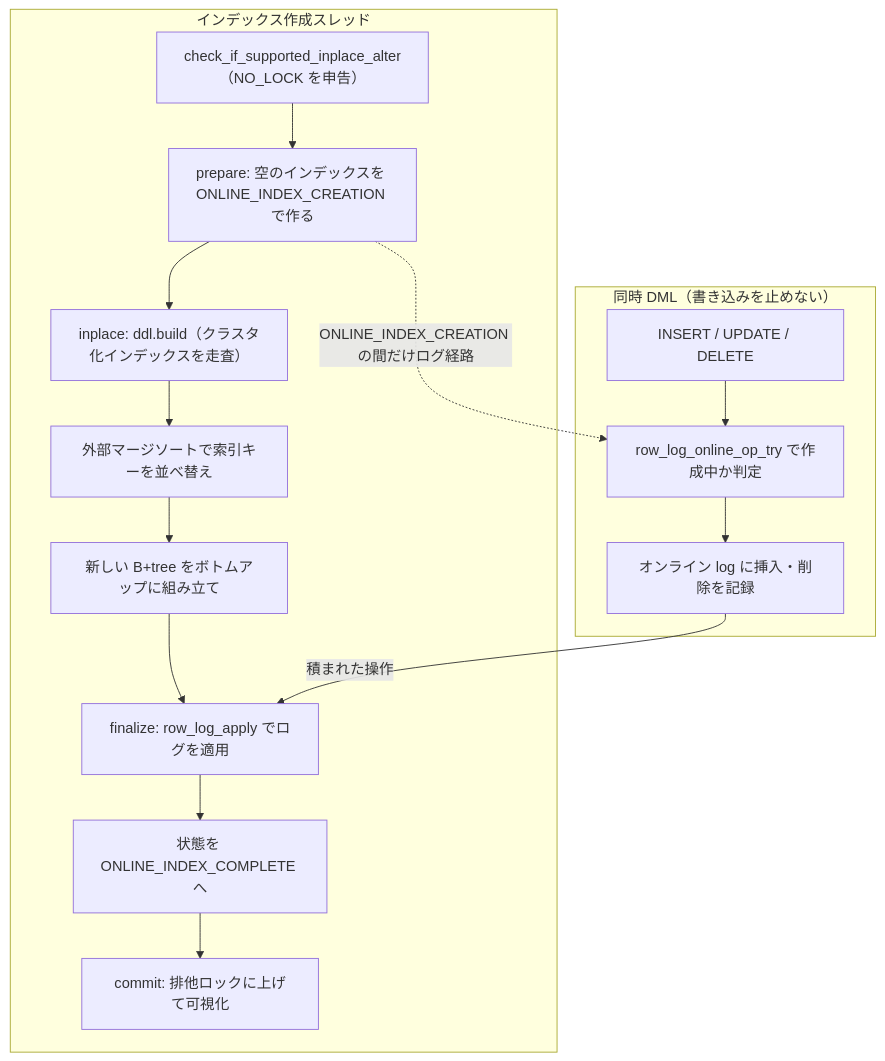
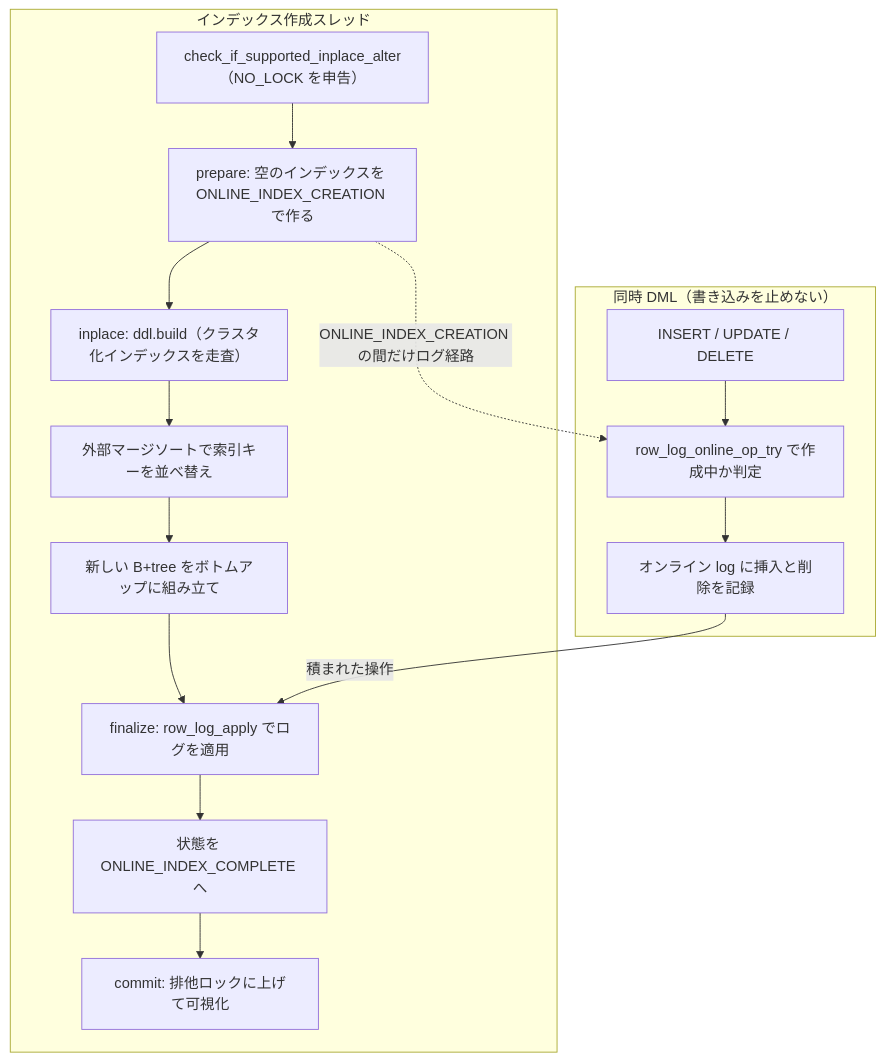
One commit to miyamadoKL/source-code-reading changed the diagram in mysql/part06-dictionary-ddl-ops/31-online-and-instant-ddl.md. Above: the diagram before and after it, drawn with Mermaid. The commit also changed 9 other files, not shown here.

````diff
--- a/mysql/part06-dictionary-ddl-ops/31-online-and-instant-ddl.md
+++ b/mysql/part06-dictionary-ddl-ops/31-online-and-instant-ddl.md
@@ -457,24 +457,24 @@
 ```mermaid
 flowchart TD
     subgraph build["インデックス作成スレッド"]
         b0["check_if_supported_inplace_alter（NO_LOCK を申告）"]
         b1["prepare: 空のインデックスを ONLINE_INDEX_CREATION で作る"]
         b2["inplace: ddl.build（クラスタ化インデックスを走査）"]
         b3["外部マージソートで索引キーを並べ替え"]
         b4["新しい B+tree をボトムアップに組み立て"]
         b5["finalize: row_log_apply でログを適用"]
         b6["状態を ONLINE_INDEX_COMPLETE へ"]
         b7["commit: 排他ロックに上げて可視化"]
         b0 --> b1 --> b2 --> b3 --> b4 --> b5 --> b6 --> b7
     end
 
     subgraph dml["同時 DML（書き込みを止めない）"]
         d0["INSERT / UPDATE / DELETE"]
         d1["row_log_online_op_try で作成中か判定"]
-        d2["オンライン log に挿入・削除を記録"]
+        d2["オンライン log に挿入と削除を記録"]
         d0 --> d1 --> d2
     end
 
     d2 -->|"積まれた操作"| b5
     b1 -.->|"ONLINE_INDEX_CREATION の間だけログ経路"| d1
 ```
````
